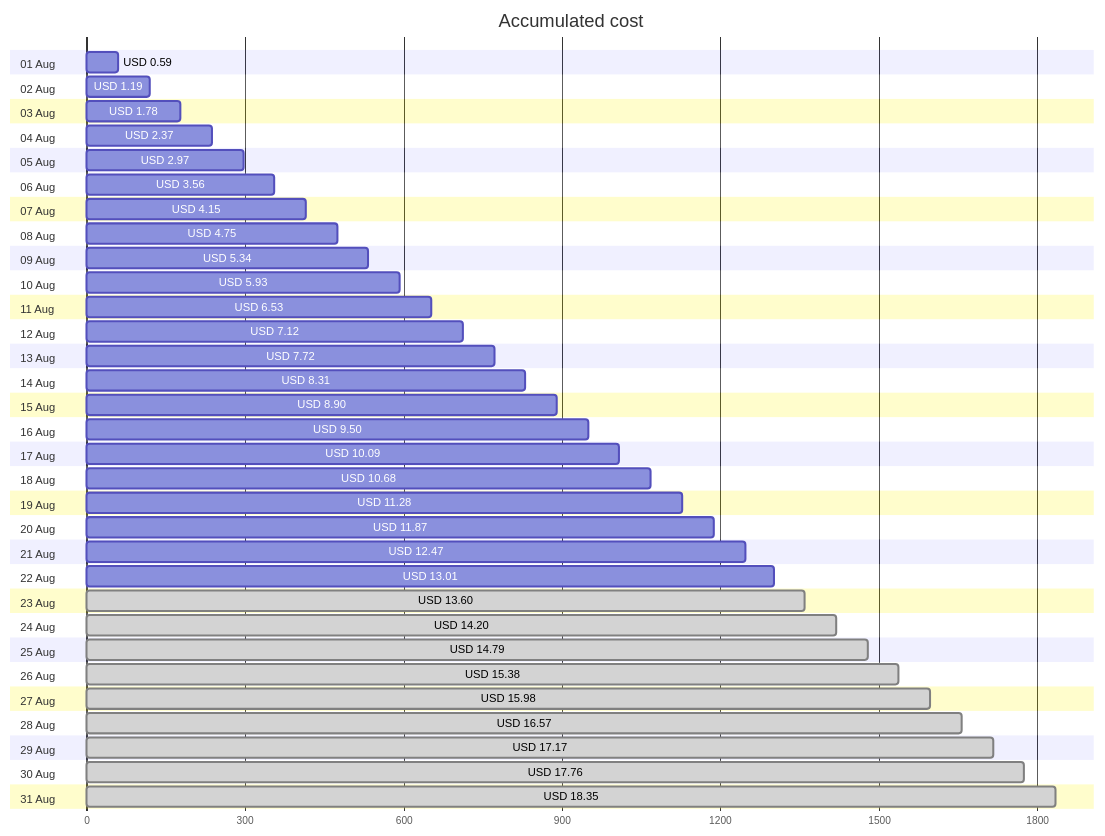
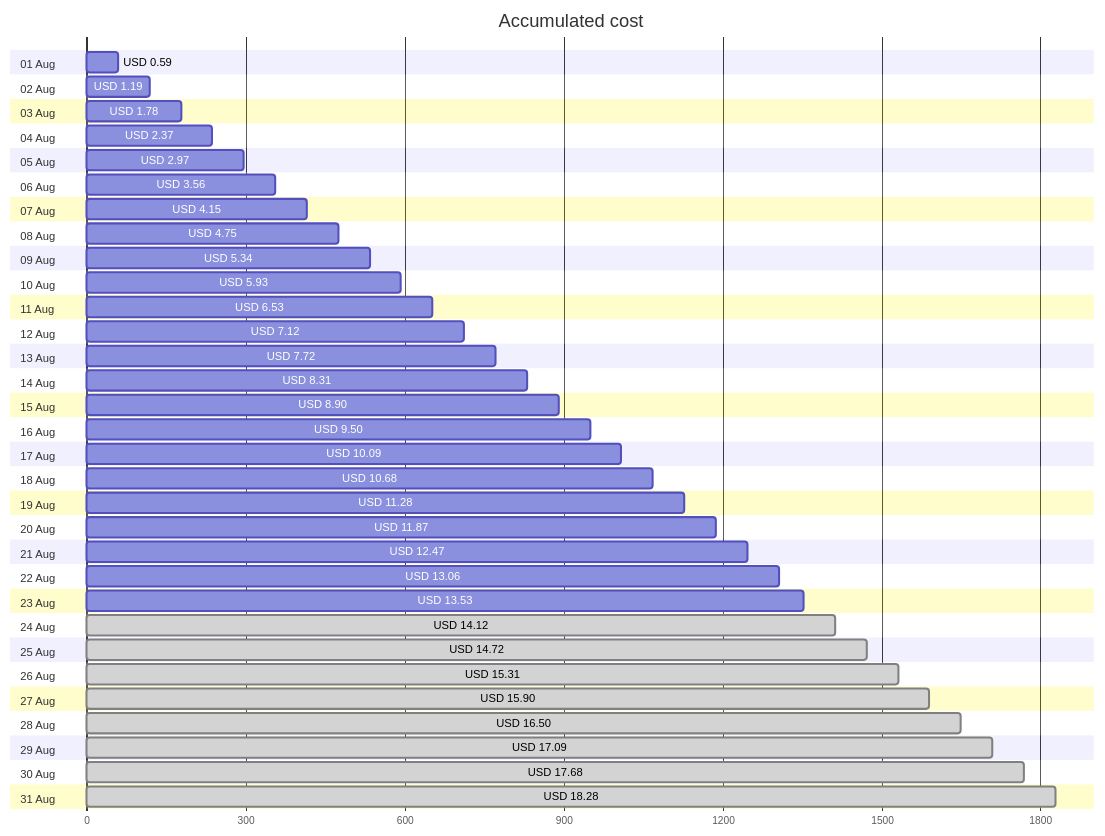
The first of 4 diagrams in cost-reports/personal-site/README.md (jpfulton/azure-personal-reports), drawn with Mermaid before and after one commit. The commit also changed other lines of this file and 6 other files, not shown here.

````diff
--- a/cost-reports/personal-site/README.md
+++ b/cost-reports/personal-site/README.md
@@ -20,68 +20,68 @@
 ```mermaid
 gantt
    title Accumulated cost
    dateFormat  X
    axisFormat %s
    section 01 Aug
    USD 0.59 :0, 59
    section 02 Aug
    USD 1.19 :0, 119
    section 03 Aug
    USD 1.78 :0, 178
    section 04 Aug
    USD 2.37 :0, 237
    section 05 Aug
    USD 2.97 :0, 297
    section 06 Aug
    USD 3.56 :0, 356
    section 07 Aug
    USD 4.15 :0, 415
    section 08 Aug
    USD 4.75 :0, 475
    section 09 Aug
    USD 5.34 :0, 534
    section 10 Aug
    USD 5.93 :0, 593
    section 11 Aug
    USD 6.53 :0, 653
    section 12 Aug
    USD 7.12 :0, 712
    section 13 Aug
    USD 7.72 :0, 772
    section 14 Aug
    USD 8.31 :0, 831
    section 15 Aug
    USD 8.90 :0, 890
    section 16 Aug
    USD 9.50 :0, 950
    section 17 Aug
    USD 10.09 :0, 1009
    section 18 Aug
    USD 10.68 :0, 1068
    section 19 Aug
    USD 11.28 :0, 1128
    section 20 Aug
    USD 11.87 :0, 1187
    section 21 Aug
    USD 12.47 :0, 1247
    section 22 Aug
-   USD 13.01 :0, 1301
+   USD 13.06 :0, 1306
    section 23 Aug
-   USD 13.60 : done, 0, 1360
+   USD 13.53 :0, 1353
    section 24 Aug
-   USD 14.20 : done, 0, 1420
+   USD 14.12 : done, 0, 1412
    section 25 Aug
-   USD 14.79 : done, 0, 1479
+   USD 14.72 : done, 0, 1472
    section 26 Aug
-   USD 15.38 : done, 0, 1538
+   USD 15.31 : done, 0, 1531
    section 27 Aug
-   USD 15.98 : done, 0, 1598
+   USD 15.90 : done, 0, 1590
    section 28 Aug
-   USD 16.57 : done, 0, 1657
+   USD 16.50 : done, 0, 1650
    section 29 Aug
-   USD 17.17 : done, 0, 1717
+   USD 17.09 : done, 0, 1709
    section 30 Aug
-   USD 17.76 : done, 0, 1776
+   USD 17.68 : done, 0, 1768
    section 31 Aug
-   USD 18.35 : done, 0, 1835
+   USD 18.28 : done, 0, 1828
 ```
````
